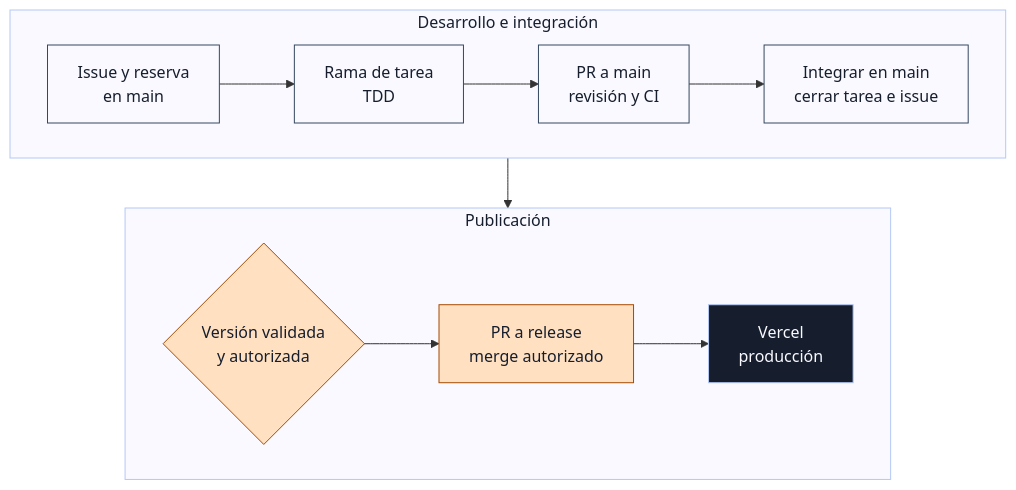
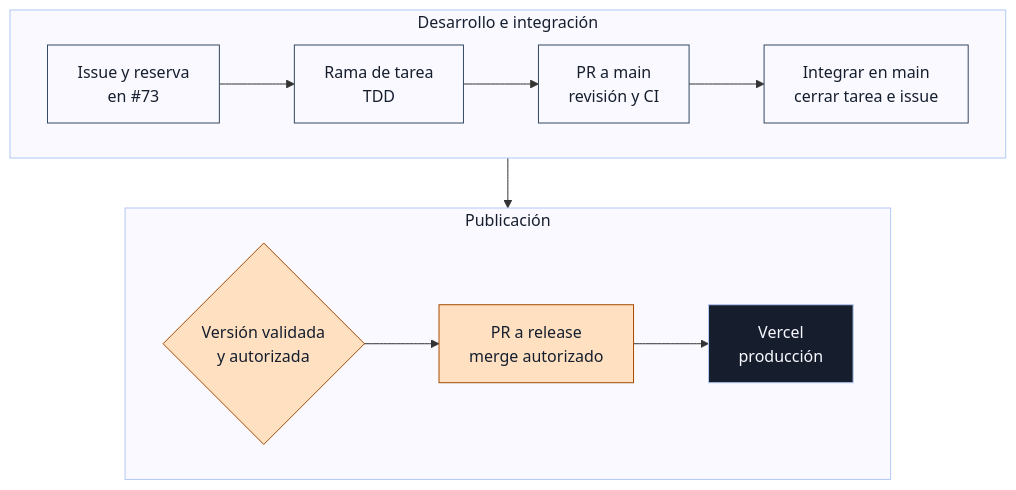
Before and after one commit to migdlp/opinion-social-media: the diagram in README.md, drawn with Mermaid. The commit also changed other lines of this file and 5 other files, not shown here.

First line of the commit message:
docs(coordinación): reservar y seguir tareas en el issue #73 en vez de commits en main (D-043)

````diff
--- a/README.md
+++ b/README.md
@@ -9,25 +9,25 @@
 ```mermaid
 flowchart TB
     accTitle: Flujo de trabajo de Opinión
     accDescr: Las tareas se reservan antes de desarrollar. Las PR verificadas se integran en main. Sólo una versión autorizada pasa a release y se publica en Vercel.
     subgraph DEV["Desarrollo e integración"]
         direction LR
-        A["Issue y reserva<br/>en main"] --> B["Rama de tarea<br/>TDD"]
+        A["Issue y reserva<br/>en #73"] --> B["Rama de tarea<br/>TDD"]
         B --> C["PR a main<br/>revisión y CI"]
         C --> D["Integrar en main<br/>cerrar tarea e issue"]
     end
     subgraph PUB["Publicación"]
         direction LR
         E{"Versión validada<br/>y autorizada"} --> F["PR a release<br/>merge autorizado"]
         F --> G["Vercel<br/>producción"]
     end
     DEV --> PUB
     classDef work fill:#F9F9FF,stroke:#354861,color:#161E2E;
     classDef gate fill:#FFE1C2,stroke:#A64B00,color:#161E2E;
     classDef production fill:#161E2E,stroke:#B4C8F5,color:#F9F9FF;
     class A,B,C,D work;
     class E,F gate;
     class G production;
     style DEV fill:#F9F9FF,stroke:#B4C8F5,color:#161E2E;
     style PUB fill:#F9F9FF,stroke:#B4C8F5,color:#161E2E;
 ```
````
